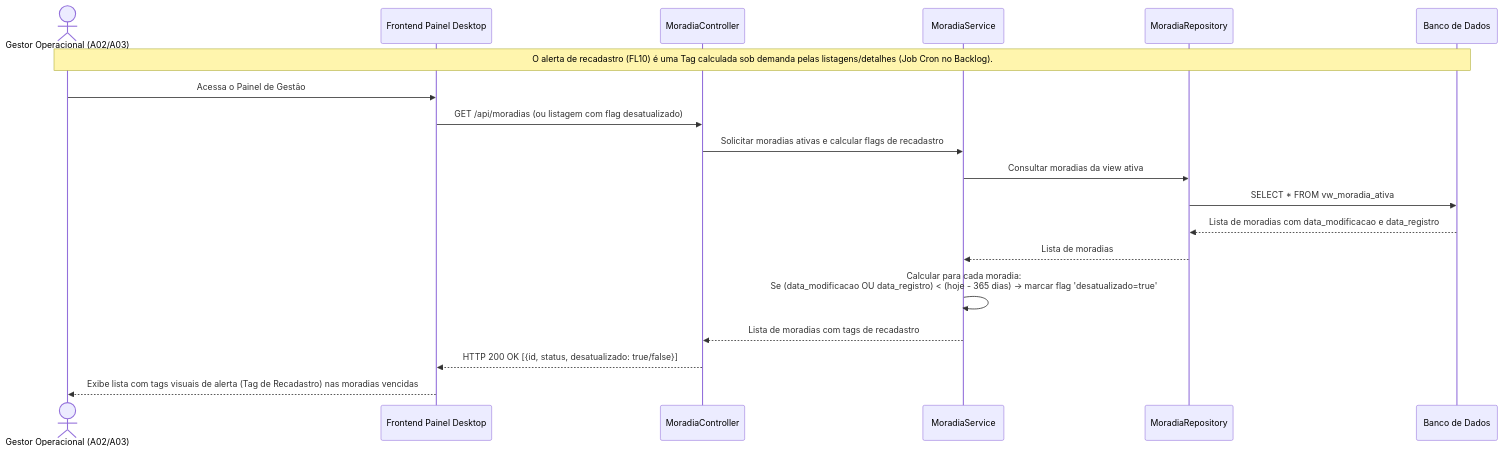
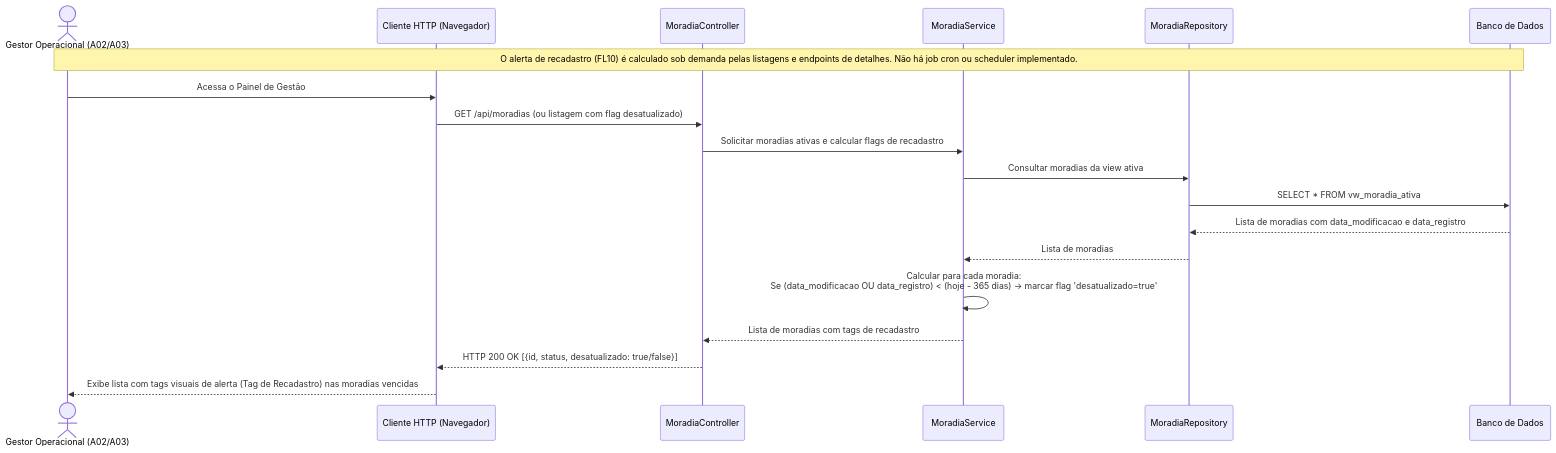
The tenth of 12 diagrams in documentos/wad.md (davitricarico-wq/g03), drawn with Mermaid before and after one commit. The commit also changed other lines of this file and 1 other file, not shown here.

````diff
--- a/documentos/wad.md
+++ b/documentos/wad.md
@@ -1217,25 +1281,25 @@
 ```mermaid
 sequenceDiagram
     actor Gestor as Gestor Operacional (A02/A03)
-    participant Frontend as Frontend Painel Desktop
+    participant Frontend as Cliente HTTP (Navegador)
     participant Controller as MoradiaController
     participant Service as MoradiaService
     participant Repository as MoradiaRepository
     participant DB as Banco de Dados
 
-    Note over Gestor, DB: O alerta de recadastro (FL10) é uma Tag calculada sob demanda pelas listagens/detalhes (Job Cron no Backlog).
+    Note over Gestor, DB: O alerta de recadastro (FL10) é calculado sob demanda pelas listagens e endpoints de detalhes. Não há job cron ou scheduler implementado.
 
     Gestor->>Frontend: Acessa o Painel de Gestão
     Frontend->>Controller: GET /api/moradias (ou listagem com flag desatualizado)
     Controller->>Service: Solicitar moradias ativas e calcular flags de recadastro
     Service->>Repository: Consultar moradias da view ativa
     Repository->>DB: SELECT * FROM vw_moradia_ativa
     DB-->>Repository: Lista de moradias com data_modificacao e data_registro
     Repository-->>Service: Lista de moradias
 
     Service->>Service: Calcular para cada moradia:<br/>Se (data_modificacao OU data_registro) < (hoje - 365 dias) -> marcar flag 'desatualizado=true'
 
     Service-->>Controller: Lista de moradias com tags de recadastro
     Controller-->>Frontend: HTTP 200 OK [{id, status, desatualizado: true/false}]
     Frontend-->>Gestor: Exibe lista com tags visuais de alerta (Tag de Recadastro) nas moradias vencidas
 ```
````
